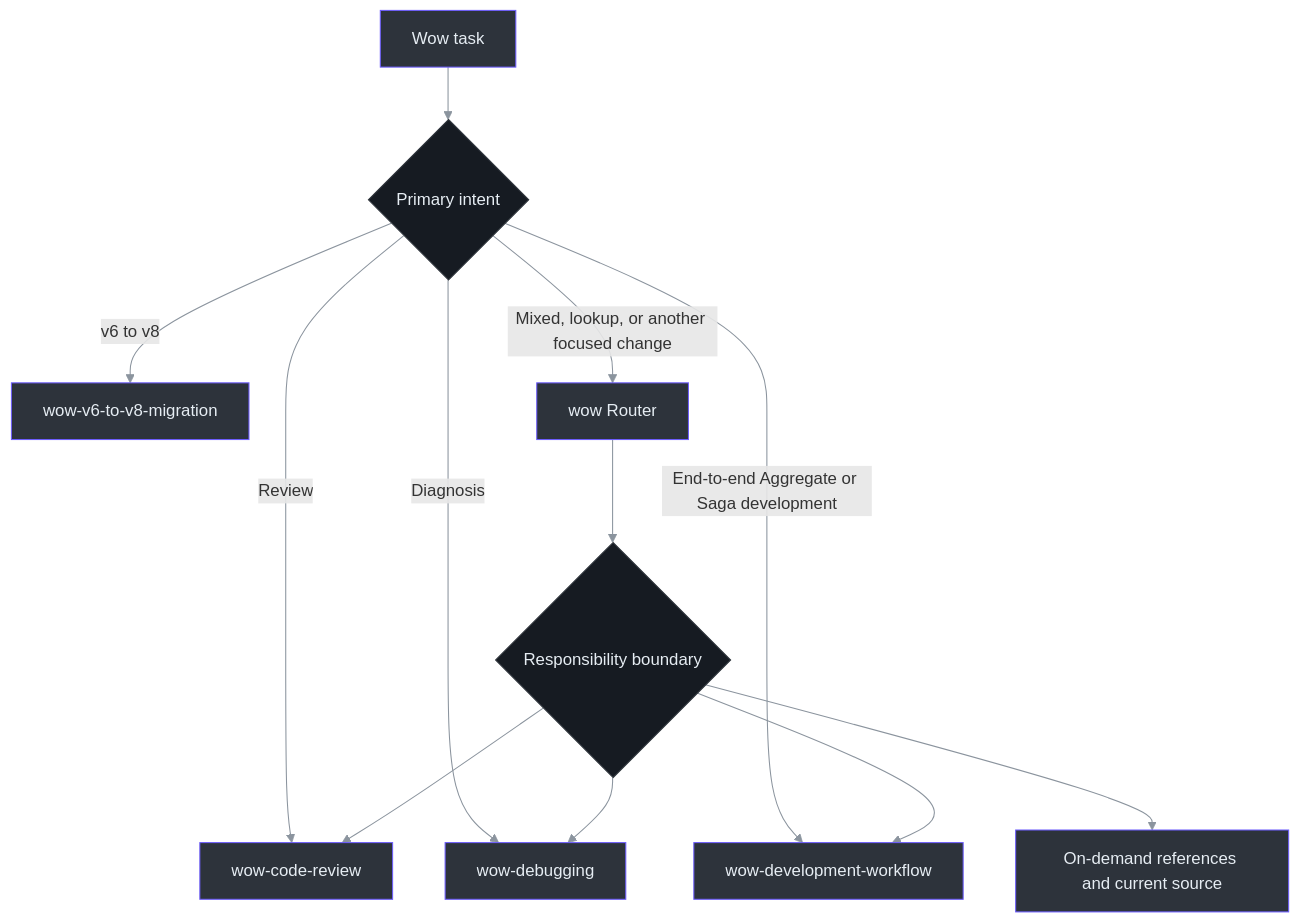
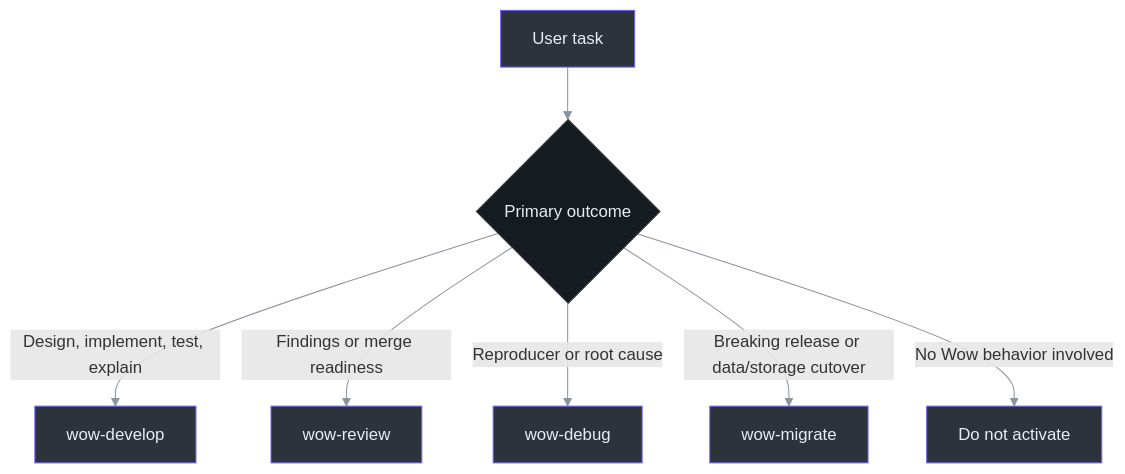
The first of 2 diagrams in documentation/docs/en/guide/skills.md (Ahoo-Wang/Wow), drawn with Mermaid before and after one commit. The commit also changed other lines of this file and 77 other files, not shown here.

````diff
--- a/documentation/docs/en/guide/skills.md
+++ b/documentation/docs/en/guide/skills.md
@@ -84,19 +32,13 @@
 ```mermaid
 flowchart TD
-    Task["Wow task"] --> Intent{"Primary intent"}
-    Intent -->|Review| Review["wow-code-review"]
-    Intent -->|Diagnosis| Debug["wow-debugging"]
-    Intent -->|v6 to v8| Migration["wow-v6-to-v8-migration"]
-    Intent -->|End-to-end Aggregate or Saga development| Workflow["wow-development-workflow"]
-    Intent -->|Mixed, lookup, or another focused change| Router["wow Router"]
-    Router --> Reference{"Responsibility boundary"}
-    Reference --> Workflow
-    Reference --> Review
-    Reference --> Debug
-    Reference --> Focused["On-demand references and current source"]
+    Task["User task"] --> Intent{"Primary outcome"}
+    Intent -->|Design, implement, test, explain| Develop["wow-develop"]
+    Intent -->|Findings or merge readiness| Review["wow-review"]
+    Intent -->|Reproducer or root cause| Debug["wow-debug"]
+    Intent -->|Breaking release or data/storage cutover| Migrate["wow-migrate"]
+    Intent -->|No Wow behavior involved| None["Do not activate"]
 
     classDef default fill:#2d333b,stroke:#6d5dfc,color:#e6edf3
     style Intent fill:#161b22,stroke:#30363d,color:#e6edf3
-    style Reference fill:#161b22,stroke:#30363d,color:#e6edf3
     linkStyle default stroke:#8b949e
 ```
````
